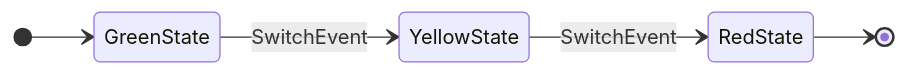
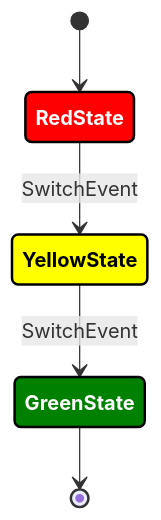
One commit to KStateMachine/kstatemachine changed the diagram in README.md. Above: the diagram before and after it, drawn with Mermaid. The commit also changed other lines of this file, not shown here.

Commit message:
[docs] Fill quickstart diagram with color

````diff
--- a/README.md
+++ b/README.md
@@ -98,9 +99,17 @@
 ```mermaid
 stateDiagram-v2
-    direction LR
-    [*] --> GreenState
-    GreenState --> YellowState: SwitchEvent
-    YellowState --> RedState: SwitchEvent
-    RedState --> [*]
+    direction TB
 
+    classDef red fill:#f00,color:white,font-weight:bold,stroke-width:2px,stroke:black
+    classDef yellow fill:yellow,color:black,font-weight:bold,stroke-width:2px,stroke:black
+    classDef green fill:green,color:white,font-weight:bold,stroke-width:2px,stroke:black
+
+    [*] --> RedState
+    RedState --> YellowState: SwitchEvent
+    YellowState --> GreenState: SwitchEvent
+    GreenState --> [*]
+
+    class RedState red
+    class YellowState yellow
+    class GreenState green
 ```
````
